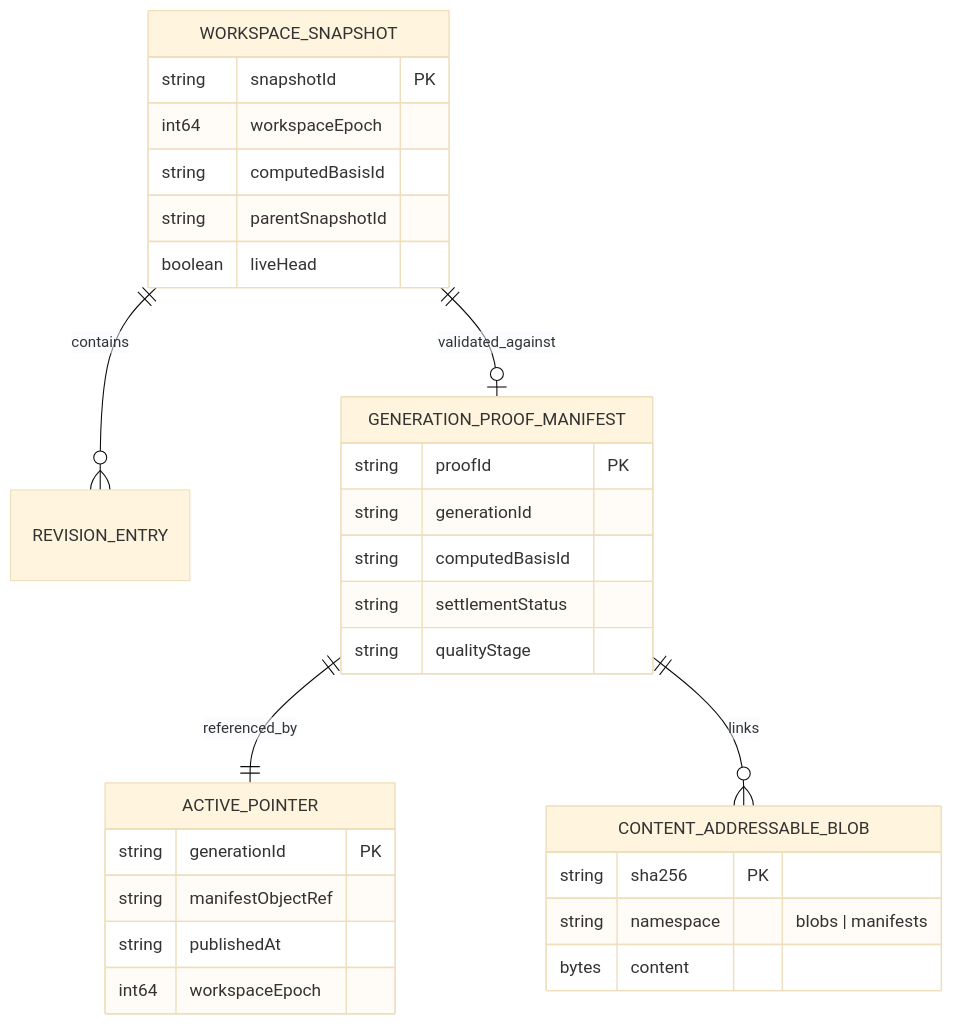
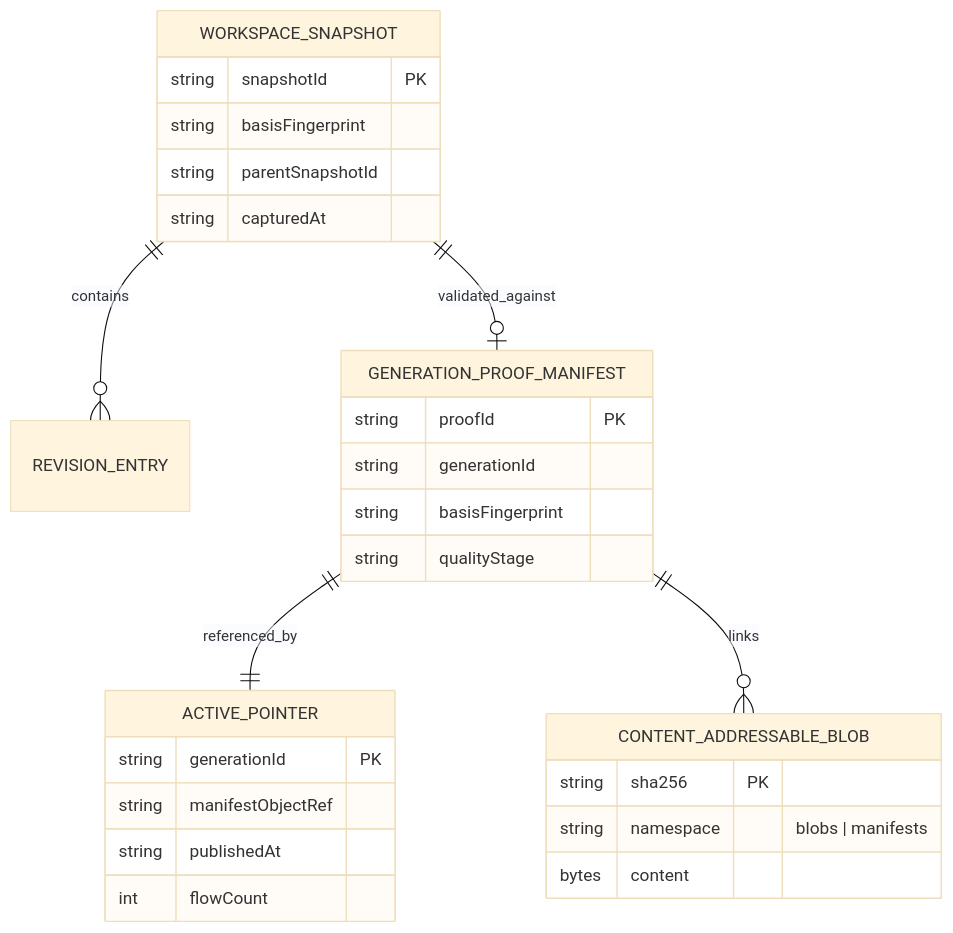
The third of 3 diagrams in docs/ARCHITECTURE.md (cutehackers/codeflow), drawn with Mermaid (base theme) before and after one commit. The commit also changed other lines of this file and 8 other files, not shown here.

Commit message:
docs: updated docs, architecture

````diff
--- a/docs/ARCHITECTURE.md
+++ b/docs/ARCHITECTURE.md
@@ -154,36 +158,34 @@
 ```mermaid
 erDiagram
     WORKSPACE_SNAPSHOT ||--o{ REVISION_ENTRY : contains
     WORKSPACE_SNAPSHOT ||--o| GENERATION_PROOF_MANIFEST : validated_against
     GENERATION_PROOF_MANIFEST ||--|| ACTIVE_POINTER : referenced_by
     GENERATION_PROOF_MANIFEST ||--o{ CONTENT_ADDRESSABLE_BLOB : links
     
     WORKSPACE_SNAPSHOT {
         string snapshotId PK
-        int64 workspaceEpoch
-        string computedBasisId
+        string basisFingerprint
         string parentSnapshotId
-        boolean liveHead
+        string capturedAt
     }
 
     GENERATION_PROOF_MANIFEST {
         string proofId PK
         string generationId
-        string computedBasisId
-        string settlementStatus
+        string basisFingerprint
         string qualityStage
     }
 
     ACTIVE_POINTER {
         string generationId PK
         string manifestObjectRef
         string publishedAt
-        int64 workspaceEpoch
+        int flowCount
     }
 
     CONTENT_ADDRESSABLE_BLOB {
         string sha256 PK
         string namespace "blobs | manifests"
         bytes content
     }
 ```
````
